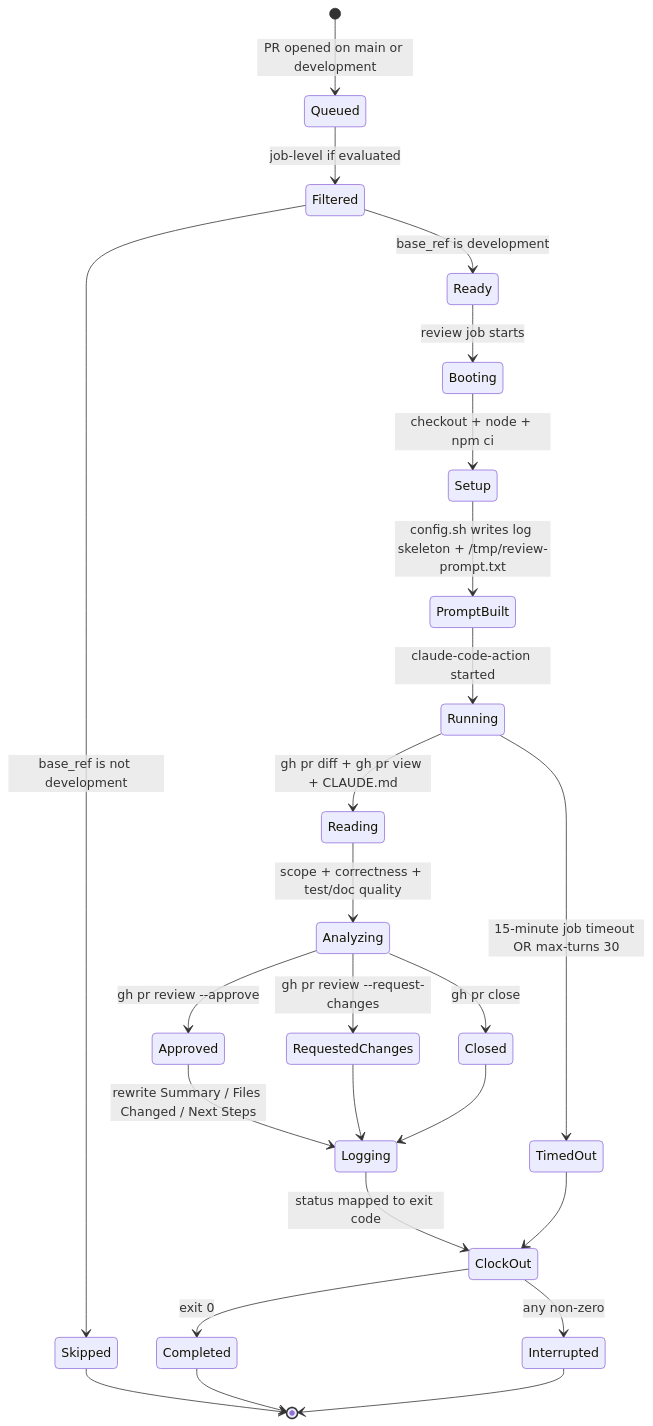
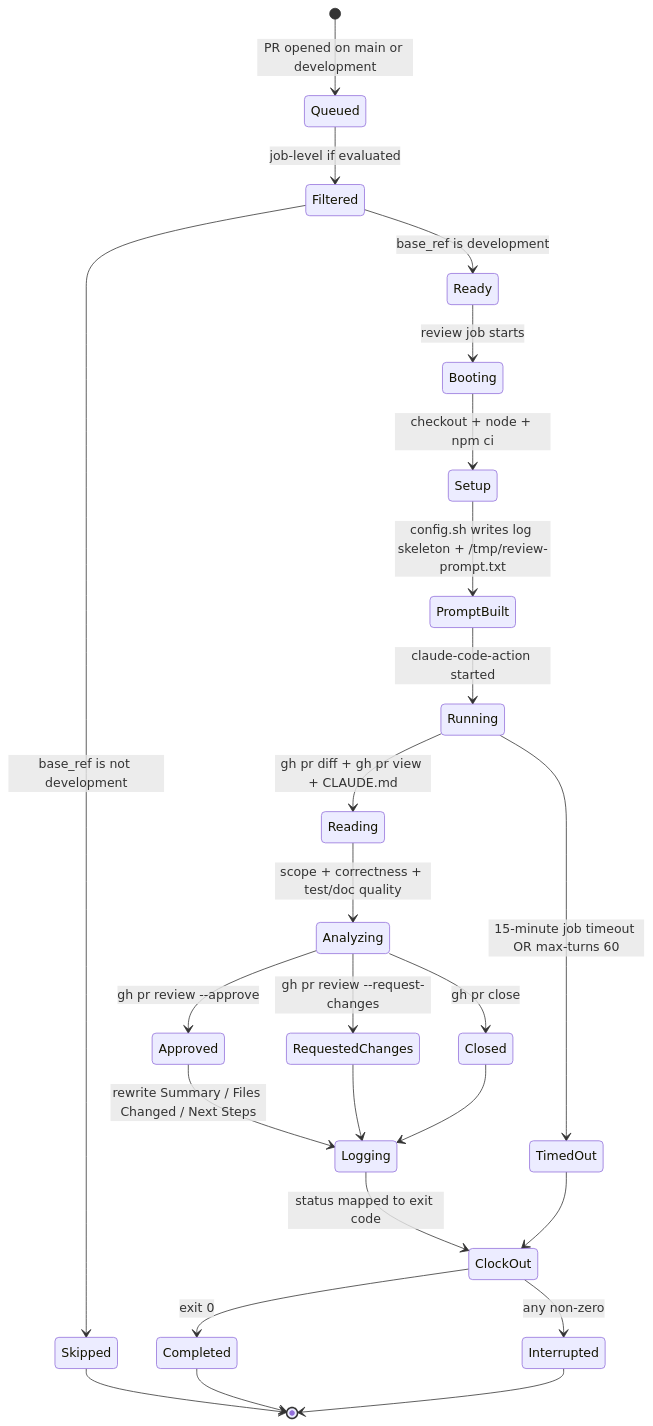
Before and after one commit to llm-exe/llm-exe: the tenth of 12 diagrams in .github/docs/AGENT_REVIEW_PR_DEEP_DIVE.md, drawn with Mermaid. The commit also changed other lines of this file and 3 other files, not shown here.

````diff
--- a/.github/docs/AGENT_REVIEW_PR_DEEP_DIVE.md
+++ b/.github/docs/AGENT_REVIEW_PR_DEEP_DIVE.md
@@ -497,27 +497,27 @@
 ```mermaid
 stateDiagram-v2
     [*] --> Queued: PR opened on main or development
     Queued --> Filtered: job-level if evaluated
     Filtered --> Skipped: base_ref is not development
     Filtered --> Ready: base_ref is development
     Ready --> Booting: review job starts
     Booting --> Setup: checkout + node + npm ci
     Setup --> PromptBuilt: config.sh writes log skeleton + /tmp/review-prompt.txt
     PromptBuilt --> Running: claude-code-action started
     Running --> Reading: gh pr diff + gh pr view + CLAUDE.md
     Reading --> Analyzing: scope + correctness + test/doc quality
     Analyzing --> Approved: gh pr review --approve
     Analyzing --> RequestedChanges: gh pr review --request-changes
     Analyzing --> Closed: gh pr close
     Approved --> Logging: rewrite Summary / Files Changed / Next Steps
     RequestedChanges --> Logging
     Closed --> Logging
     Logging --> ClockOut: status mapped to exit code
     ClockOut --> Completed: exit 0
     ClockOut --> Interrupted: any non-zero
-    Running --> TimedOut: 15-minute job timeout OR max-turns 30
+    Running --> TimedOut: 15-minute job timeout OR max-turns 60
     TimedOut --> ClockOut
     Skipped --> [*]
     Completed --> [*]
     Interrupted --> [*]
 ```
````
